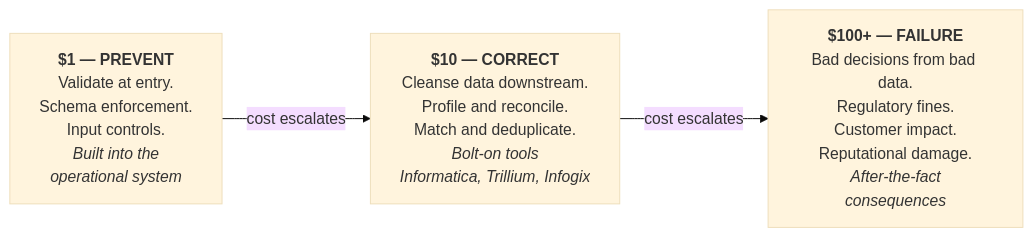
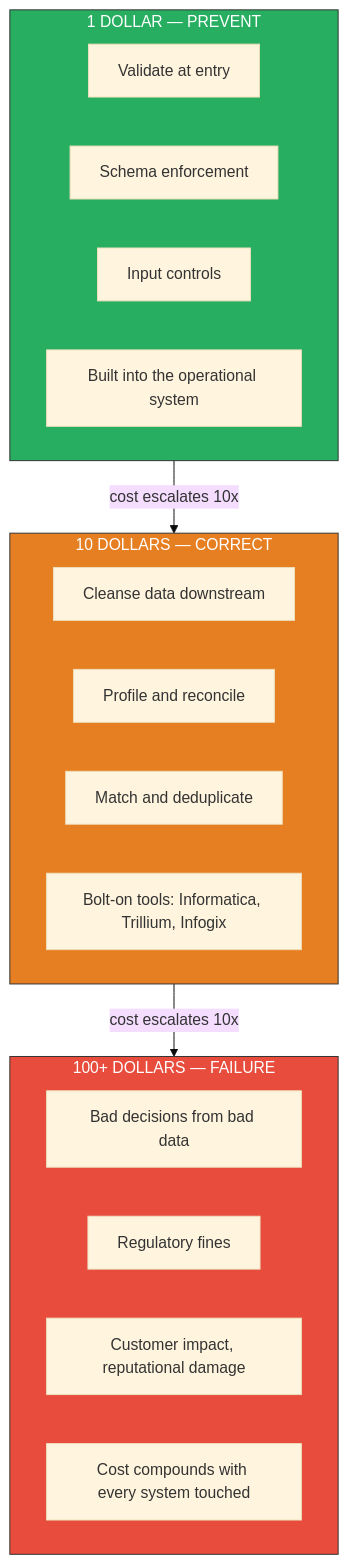
Before and after one commit to Bodaty/aictrlnet.com: the diagram in _posts/2026-04-08-ive-seen-this-movie-before.md, drawn with Mermaid (base theme). The commit also changed other lines of this file, not shown here.

Commit message:
fix: replace broken Mermaid in 1-10-100 diagram (no HTML tags in labels)

```diff
--- a/_posts/2026-04-08-ive-seen-this-movie-before.md
+++ b/_posts/2026-04-08-ive-seen-this-movie-before.md
@@ -52,7 +52,26 @@
 <div class="mermaid">
-graph LR
-    P["<b>$1 — PREVENT</b><br/>Validate at entry.<br/>Schema enforcement.<br/>Input controls.<br/><i>Built into the<br/>operational system</i>"]
-    C["<b>$10 — CORRECT</b><br/>Cleanse data downstream.<br/>Profile and reconcile.<br/>Match and deduplicate.<br/><i>Bolt-on tools<br/>Informatica, Trillium, Infogix</i>"]
-    F["<b>$100+ — FAILURE</b><br/>Bad decisions from bad data.<br/>Regulatory fines.<br/>Customer impact.<br/>Reputational damage.<br/><i>After-the-fact<br/>consequences</i>"]
-    P -->|"cost escalates"| C -->|"cost escalates"| F
+graph TD
+    subgraph prevent ["1 DOLLAR — PREVENT"]
+        P1["Validate at entry"]
+        P2["Schema enforcement"]
+        P3["Input controls"]
+        P4["Built into the operational system"]
+    end
+    subgraph correct ["10 DOLLARS — CORRECT"]
+        C1["Cleanse data downstream"]
+        C2["Profile and reconcile"]
+        C3["Match and deduplicate"]
+        C4["Bolt-on tools: Informatica, Trillium, Infogix"]
+    end
+    subgraph failure ["100+ DOLLARS — FAILURE"]
+        F1["Bad decisions from bad data"]
+        F2["Regulatory fines"]
+        F3["Customer impact, reputational damage"]
+        F4["Cost compounds with every system touched"]
+    end
+    prevent -->|"cost escalates 10x"| correct -->|"cost escalates 10x"| failure
+
+    style prevent fill:#27ae60,stroke:#333,color:#fff
+    style correct fill:#e67e22,stroke:#333,color:#fff
+    style failure fill:#e74c3c,stroke:#333,color:#fff
 </div>
```
